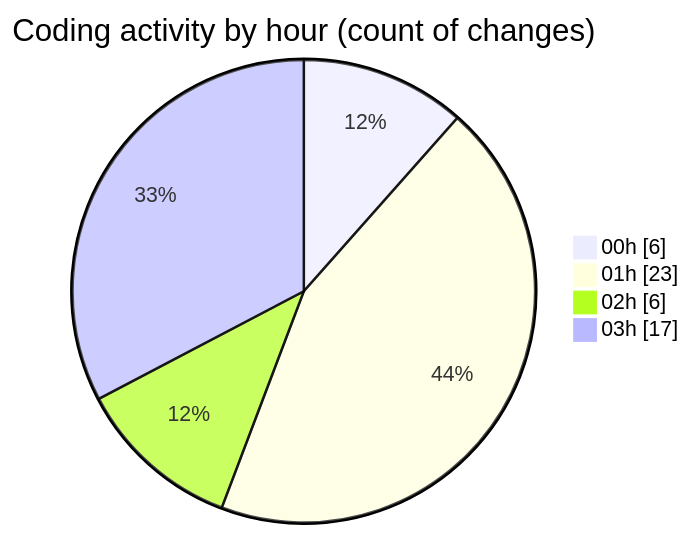
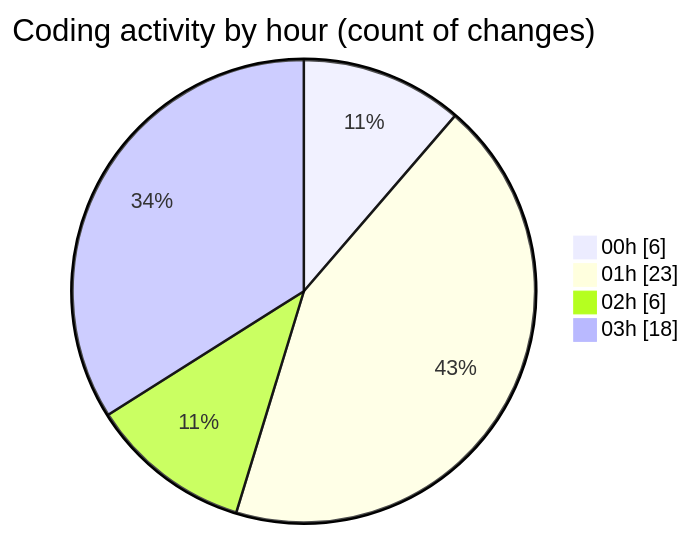
The second of 2 diagrams in 2025-07-28/refunds/README.md (EIIisD/code-tracking), drawn with Mermaid before and after one commit. The commit also changed other lines of this file and 1 other file, not shown here.

````diff
--- a/2025-07-28/refunds/README.md
+++ b/2025-07-28/refunds/README.md
@@ -36,8 +36,8 @@
 ```mermaid
 pie showData
 title Coding activity by hour (count of changes)
 "00h" : 6
 "01h" : 23
 "02h" : 6
-"03h" : 17
+"03h" : 18
 ```
````
